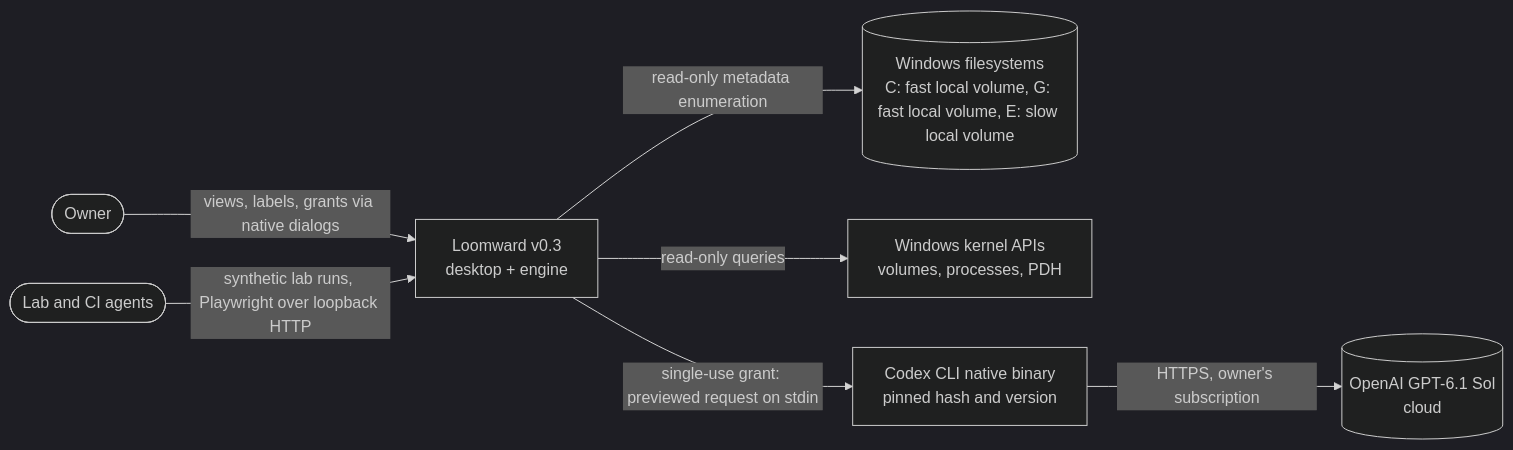
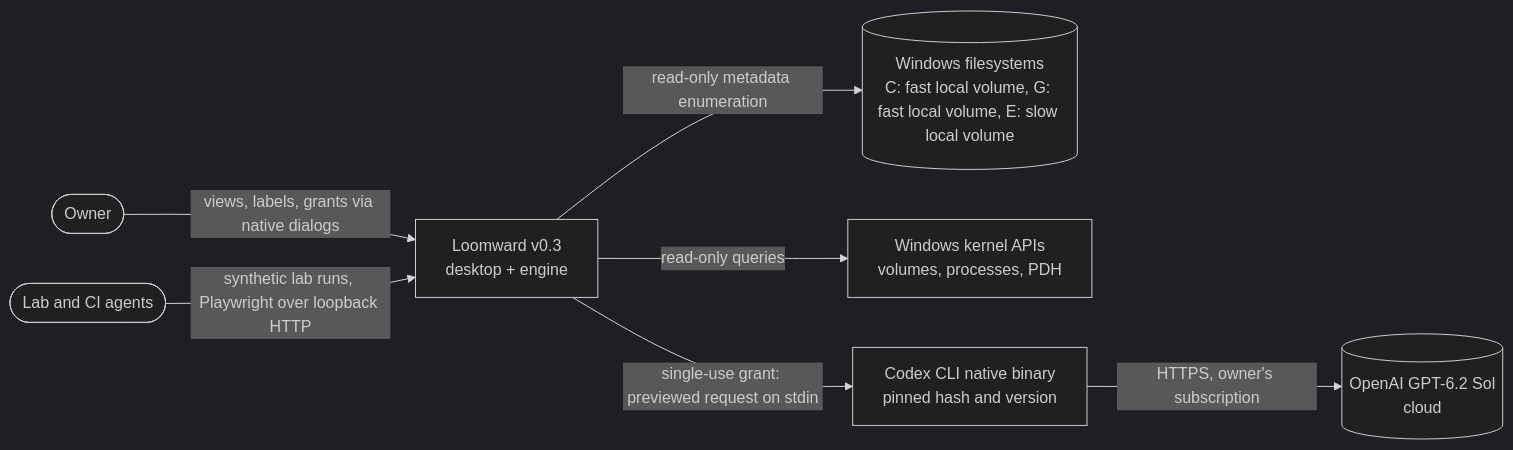
The first of 5 diagrams in docs/41-v03-architecture.md (Chris0Jeky/Loomward), drawn with Mermaid (dark theme) before and after one commit. The commit also changed other lines of this file, not shown here.

Commit message:
docs(v03): name GPT-6.2 Sol as the teacher in the architecture overview

````diff
--- a/docs/41-v03-architecture.md
+++ b/docs/41-v03-architecture.md
@@ -46,16 +46,16 @@
 ```mermaid
 flowchart LR
   owner([Owner])
   agents([Lab and CI agents])
   lw[Loomward v0.3<br/>desktop + engine]
   fs[(Windows filesystems<br/>C: fast local volume, G: fast local volume, E: slow local volume)]
   os[Windows kernel APIs<br/>volumes, processes, PDH]
   codex[Codex CLI native binary<br/>pinned hash and version]
-  openai[(OpenAI GPT-6.1 Sol<br/>cloud)]
+  openai[(OpenAI GPT-6.2 Sol<br/>cloud)]
   owner -->|views, labels, grants via native dialogs| lw
   agents -->|synthetic lab runs, Playwright over loopback HTTP| lw
   lw -->|read-only metadata enumeration| fs
   lw -->|read-only queries| os
   lw -->|single-use grant: previewed request on stdin| codex
   codex -->|HTTPS, owner's subscription| openai
 ```
````
